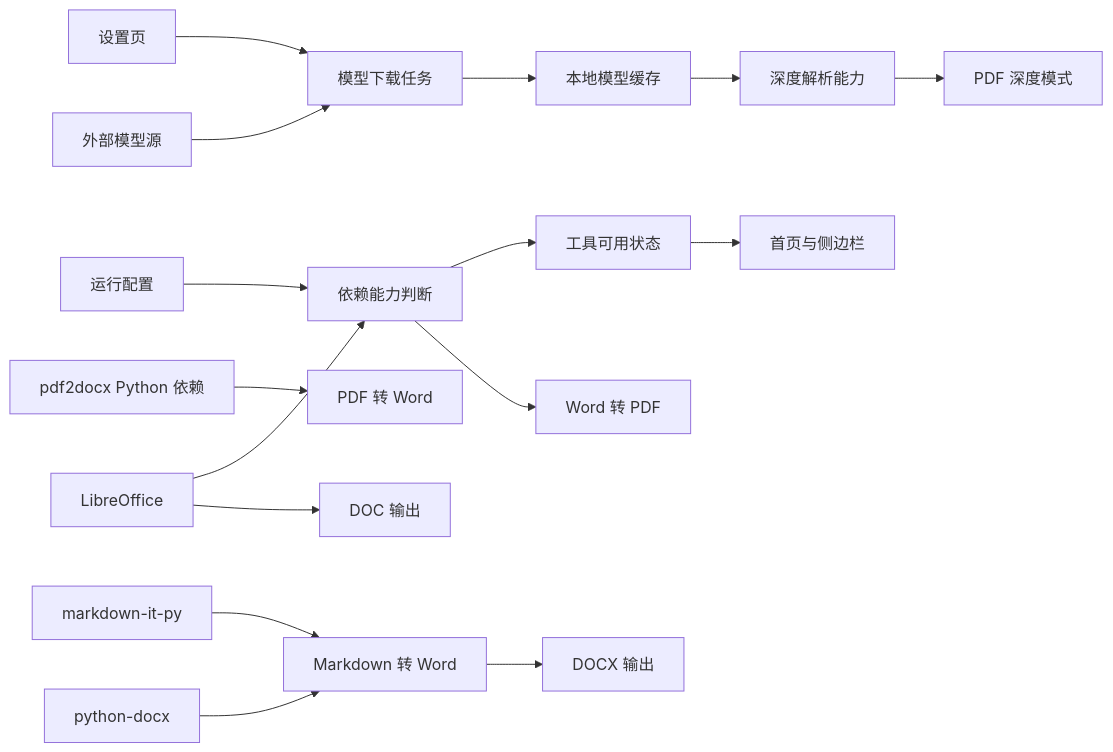
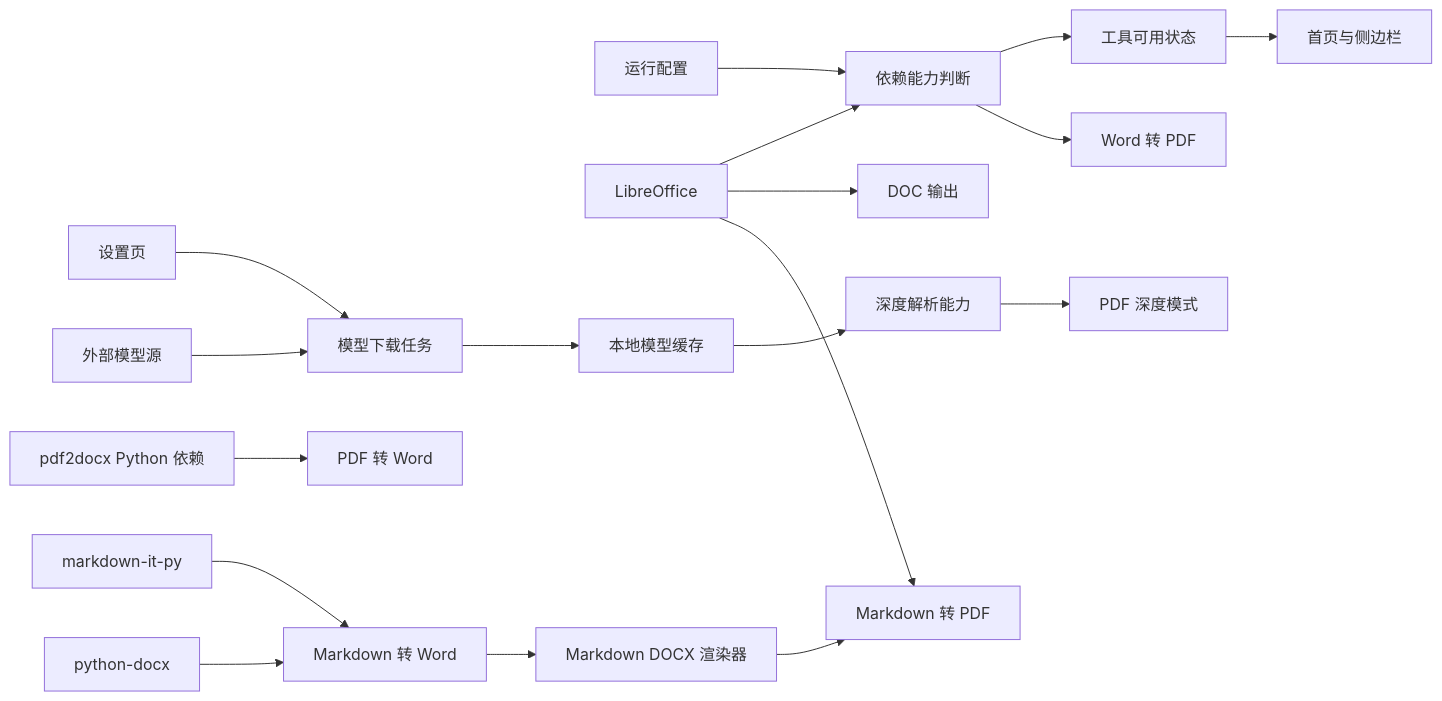
One commit to ddll8023/tools changed the fifth of 10 diagrams in doc/模块说明文档.md. Above: the diagram before and after it, drawn with Mermaid. The commit also changed other lines of this file and 31 other files, not shown here.

Commit message:
feat: add markdown to pdf conversion

````diff
--- a/doc/模块说明文档.md
+++ b/doc/模块说明文档.md
@@ -445,18 +460,20 @@
 ```mermaid
 flowchart LR
     Config[运行配置] --> DependencyCheck[依赖能力判断]
     LibreOffice[LibreOffice] --> DependencyCheck
     Settings[设置页] --> ModelDownload[模型下载任务]
     ModelSource[外部模型源] --> ModelDownload
     ModelDownload --> ModelCache[本地模型缓存]
     ModelCache --> DeepCapability[深度解析能力]
     DependencyCheck --> Catalog[工具可用状态]
     Catalog --> Navigation[首页与侧边栏]
     DependencyCheck --> Word[Word 转 PDF]
     Pdf2Docx[pdf2docx Python 依赖] --> PDFWord[PDF 转 Word]
     MarkdownParser[markdown-it-py] --> MarkdownWord[Markdown 转 Word]
     PythonDocx[python-docx] --> MarkdownWord
     MarkdownWord --> MarkdownDocx[DOCX 输出]
     LibreOffice --> MarkdownDoc[DOC 输出]
+    MarkdownDocx[Markdown DOCX 渲染器] --> MarkdownPdf[Markdown 转 PDF]
+    LibreOffice --> MarkdownPdf
     DeepCapability --> PDF[PDF 深度模式]
 ```
````
